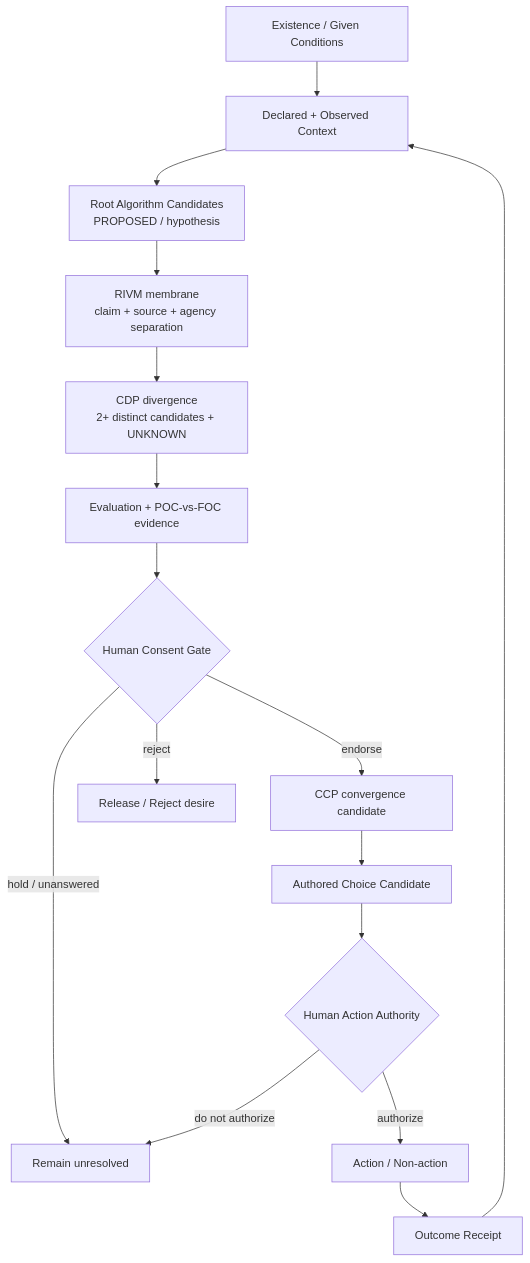
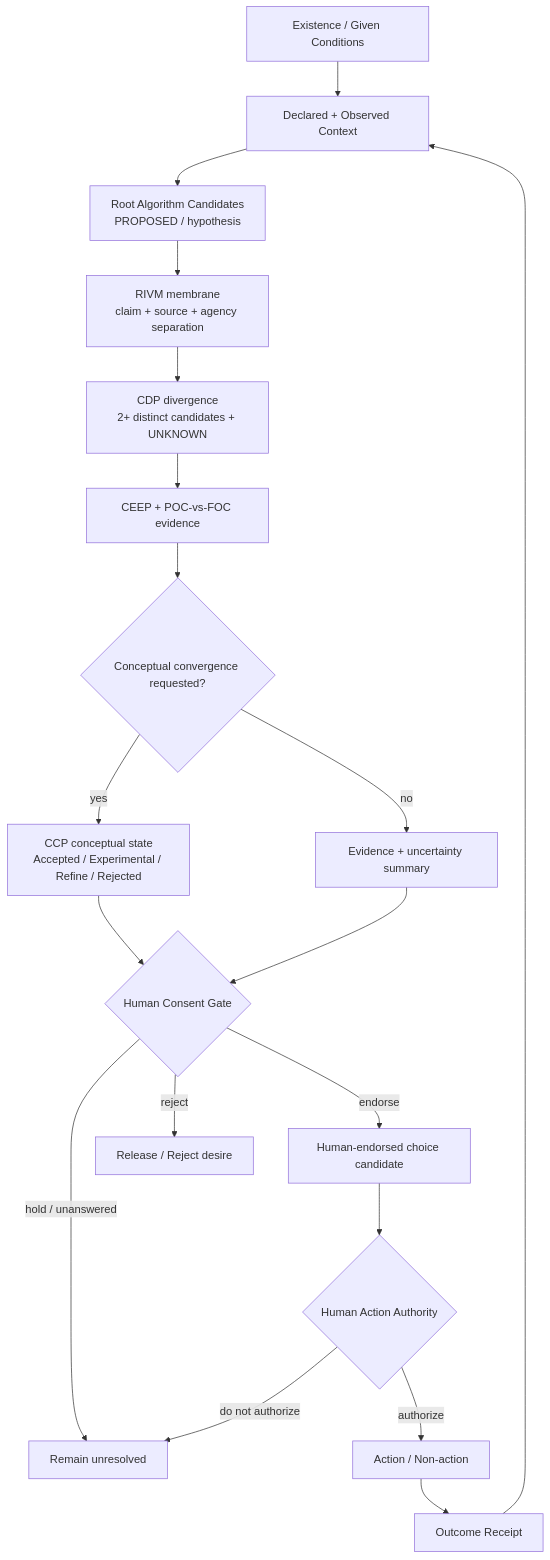
Before and after one commit to Kopano-Labs/Introduction-to-MCP: the second of 2 diagrams in governance/kpgs-vnext/human-choice-authorship/README.md, drawn with Mermaid. The commit also changed other lines of this file, not shown here.

Commit message:
refine(kpgs): separate conceptual convergence from human consent

````diff
--- a/governance/kpgs-vnext/human-choice-authorship/README.md
+++ b/governance/kpgs-vnext/human-choice-authorship/README.md
@@ -93,18 +93,21 @@
 ```mermaid
 flowchart TD
     E[Existence / Given Conditions] --> C[Declared + Observed Context]
     C --> RA[Root Algorithm Candidates<br/>PROPOSED / hypothesis]
     RA --> RIVM[RIVM membrane<br/>claim + source + agency separation]
     RIVM --> CDP[CDP divergence<br/>2+ distinct candidates + UNKNOWN]
-    CDP --> EV[Evaluation + POC-vs-FOC evidence]
-    EV --> HG{Human Consent Gate}
-    HG -->|endorse| CCP[CCP convergence candidate]
+    CDP --> EV[CEEP + POC-vs-FOC evidence]
+    EV --> CQ{Conceptual convergence requested?}
+    CQ -->|yes| CCP[CCP conceptual state<br/>Accepted / Experimental / Refine / Rejected]
+    CQ -->|no| US[Evidence + uncertainty summary]
+    CCP --> HG{Human Consent Gate}
+    US --> HG
+    HG -->|endorse| AC[Human-endorsed choice candidate]
     HG -->|reject| RJ[Release / Reject desire]
     HG -->|hold / unanswered| H[Remain unresolved]
-    CCP --> AC[Authored Choice Candidate]
     AC --> AU{Human Action Authority}
     AU -->|authorize| ACT[Action / Non-action]
     AU -->|do not authorize| H
     ACT --> OR[Outcome Receipt]
     OR --> C
 ```
````
